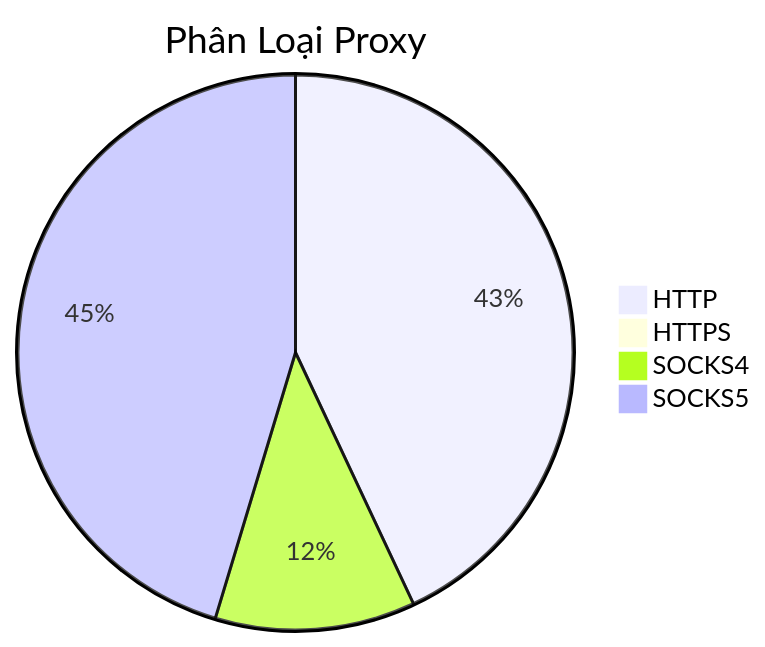
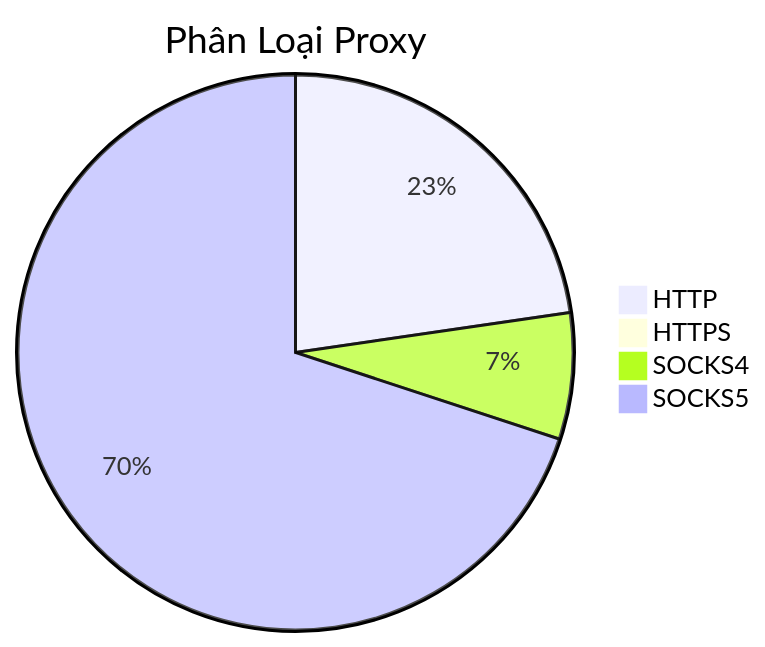
The diagram in README.md (Ciara-Aa/PROXY-free), drawn with Mermaid before and after one commit. The commit also changed other lines of this file and 4 other files, not shown here.

````diff
--- a/README.md
+++ b/README.md
@@ -26,7 +26,7 @@
 ```mermaid
 pie title Phân Loại Proxy
-    "HTTP" : 890
-    "HTTPS" : 2
-    "SOCKS4" : 241
-    "SOCKS5" : 938
+    "HTTP" : 895
+    "HTTPS" : 1
+    "SOCKS4" : 290
+    "SOCKS5" : 2759
 ```
````
